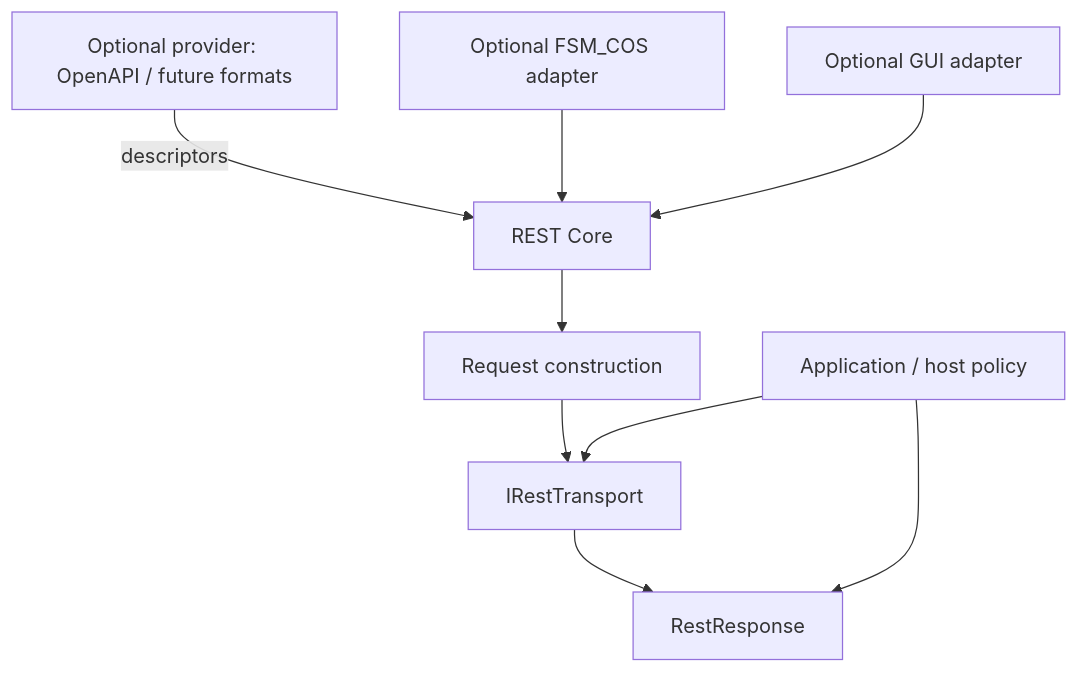
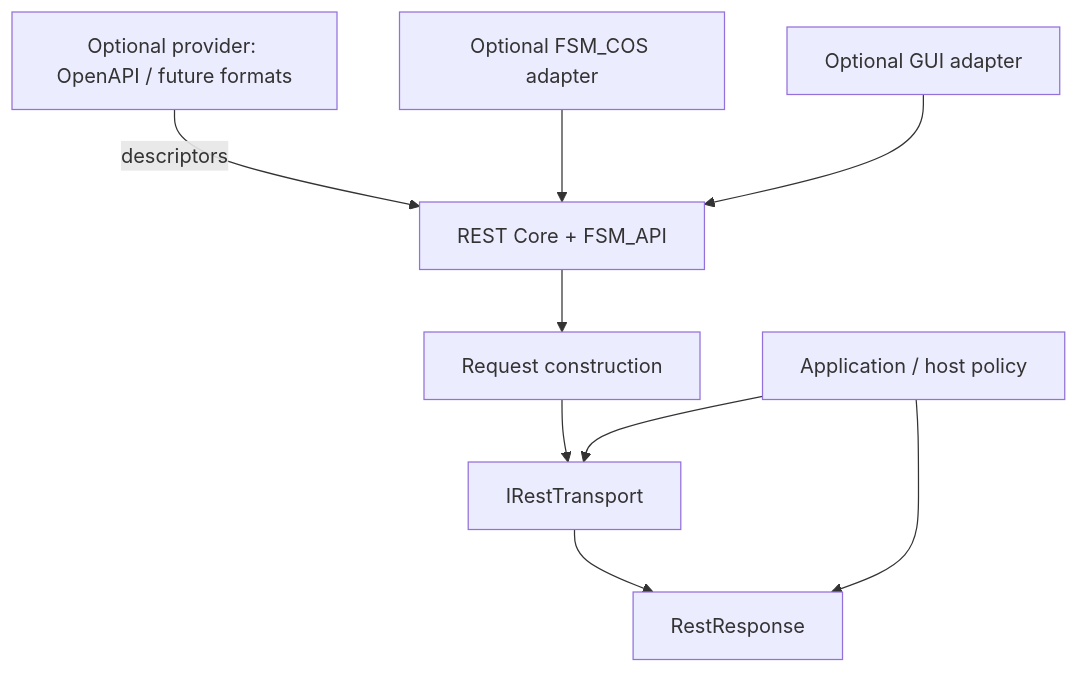
The diagram in docs/ARCHITECTURE.md (TrentBest/TheSingularityWorkshop.FSM_REST), drawn with Mermaid before and after one commit. The commit also changed other lines of this file, not shown here.

Commit message:
docs: document direct FSM_API-backed REST execution

````diff
--- a/docs/ARCHITECTURE.md
+++ b/docs/ARCHITECTURE.md
@@ -13,11 +13,11 @@
 ```mermaid
 flowchart TD
-    Provider[Optional provider: OpenAPI / future formats] -->|descriptors| Core[REST Core]
+    Provider[Optional provider: OpenAPI / future formats] -->|descriptors| Core[REST Core + FSM_API]
     Core --> Request[Request construction]
     Request --> Transport[IRestTransport]
     Transport --> Response[RestResponse]
     COS[Optional FSM_COS adapter] --> Core
     GUI[Optional GUI adapter] --> Core
     Host[Application / host policy] --> Transport
     Host --> Response
 ```
````
